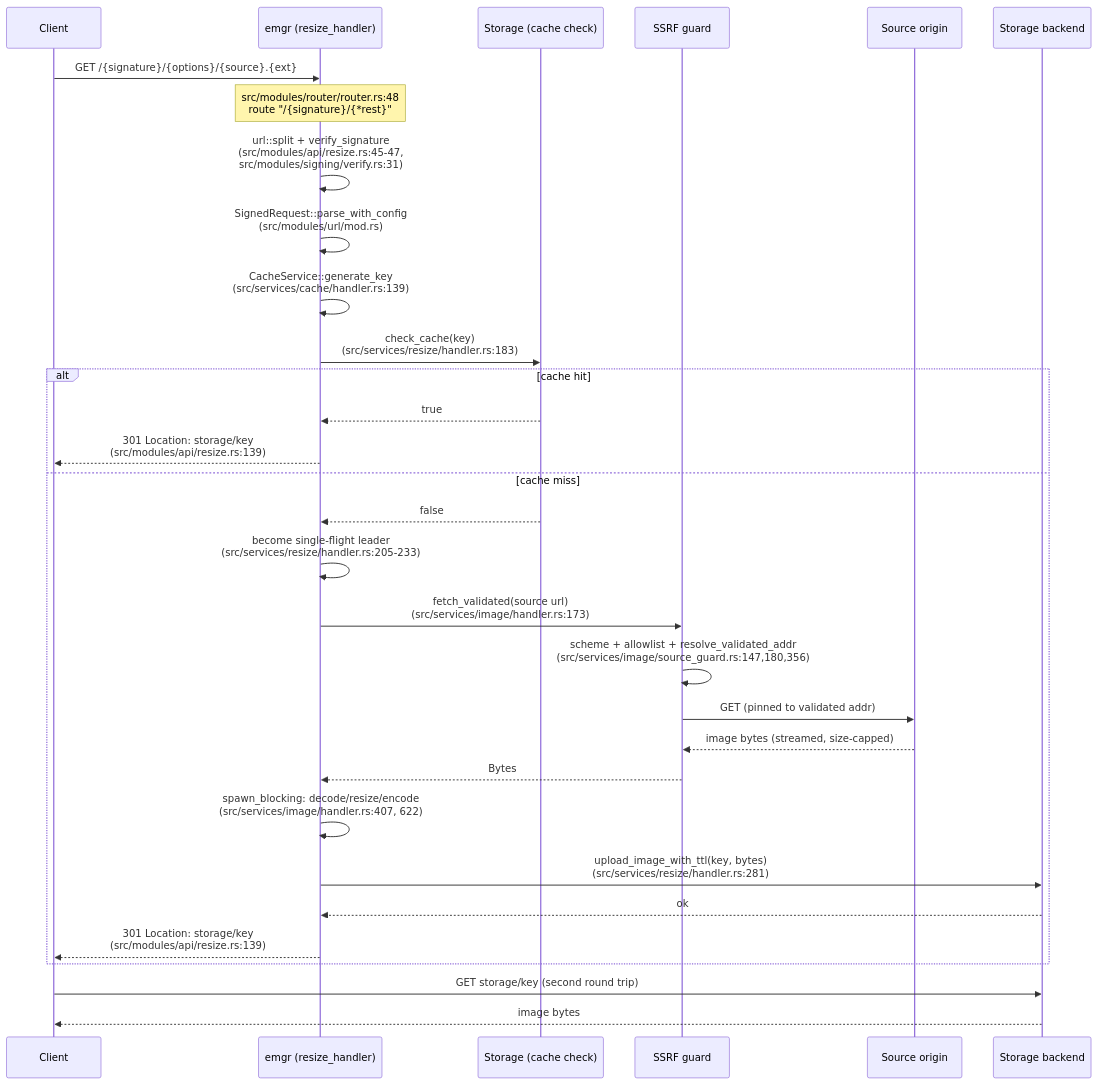
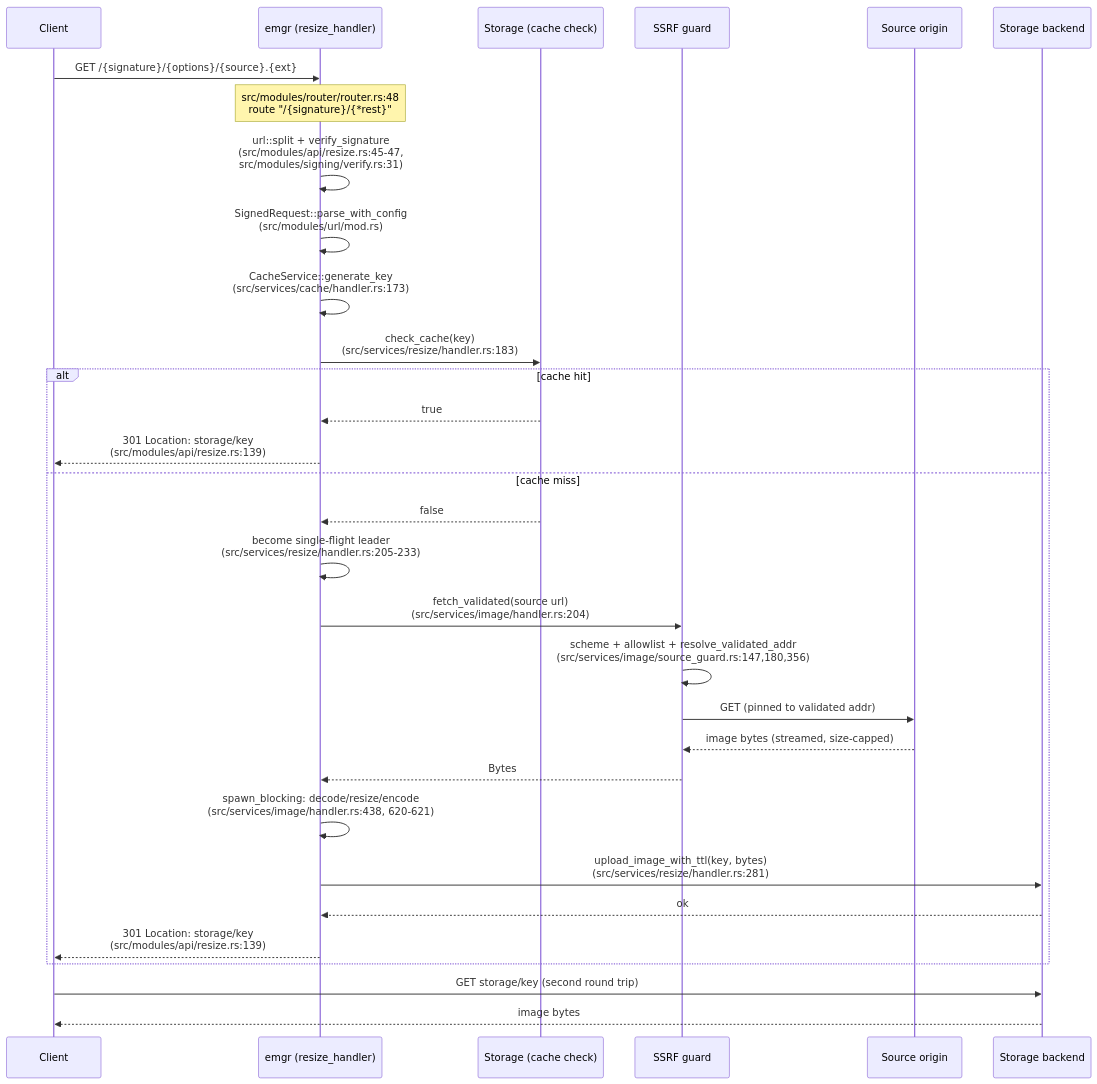
One commit to vaam-store/image-resizer changed the first of 2 diagrams in docs/architecture/overview.md. Above: the diagram before and after it, drawn with Mermaid. The commit also changed other lines of this file and 8 other files, not shown here.

````diff
--- a/docs/architecture/overview.md
+++ b/docs/architecture/overview.md
@@ -15,34 +15,34 @@
 ```mermaid
 sequenceDiagram
     participant Client
     participant emgr as emgr (resize_handler)
     participant Cache as Storage (cache check)
     participant Guard as SSRF guard
     participant Origin as Source origin
     participant Storage as Storage backend
 
     Client->>emgr: GET /{signature}/{options}/{source}.{ext}
     Note over emgr: src/modules/router/router.rs:48<br/>route "/{signature}/{*rest}"
     emgr->>emgr: url::split + verify_signature<br/>(src/modules/api/resize.rs:45-47,<br/>src/modules/signing/verify.rs:31)
     emgr->>emgr: SignedRequest::parse_with_config<br/>(src/modules/url/mod.rs)
-    emgr->>emgr: CacheService::generate_key<br/>(src/services/cache/handler.rs:139)
+    emgr->>emgr: CacheService::generate_key<br/>(src/services/cache/handler.rs:173)
     emgr->>Cache: check_cache(key)<br/>(src/services/resize/handler.rs:183)
     alt cache hit
         Cache-->>emgr: true
         emgr-->>Client: 301 Location: storage/key<br/>(src/modules/api/resize.rs:139)
     else cache miss
         Cache-->>emgr: false
         emgr->>emgr: become single-flight leader<br/>(src/services/resize/handler.rs:205-233)
-        emgr->>Guard: fetch_validated(source url)<br/>(src/services/image/handler.rs:173)
+        emgr->>Guard: fetch_validated(source url)<br/>(src/services/image/handler.rs:204)
         Guard->>Guard: scheme + allowlist + resolve_validated_addr<br/>(src/services/image/source_guard.rs:147,180,356)
         Guard->>Origin: GET (pinned to validated addr)
         Origin-->>Guard: image bytes (streamed, size-capped)
         Guard-->>emgr: Bytes
-        emgr->>emgr: spawn_blocking: decode/resize/encode<br/>(src/services/image/handler.rs:407, 622)
+        emgr->>emgr: spawn_blocking: decode/resize/encode<br/>(src/services/image/handler.rs:438, 620-621)
         emgr->>Storage: upload_image_with_ttl(key, bytes)<br/>(src/services/resize/handler.rs:281)
         Storage-->>emgr: ok
         emgr-->>Client: 301 Location: storage/key<br/>(src/modules/api/resize.rs:139)
     end
     Client->>Storage: GET storage/key (second round trip)
     Storage-->>Client: image bytes
 ```
````
